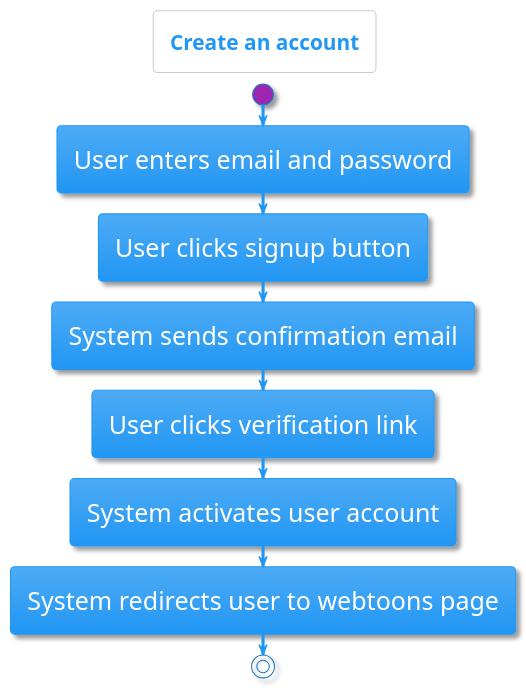
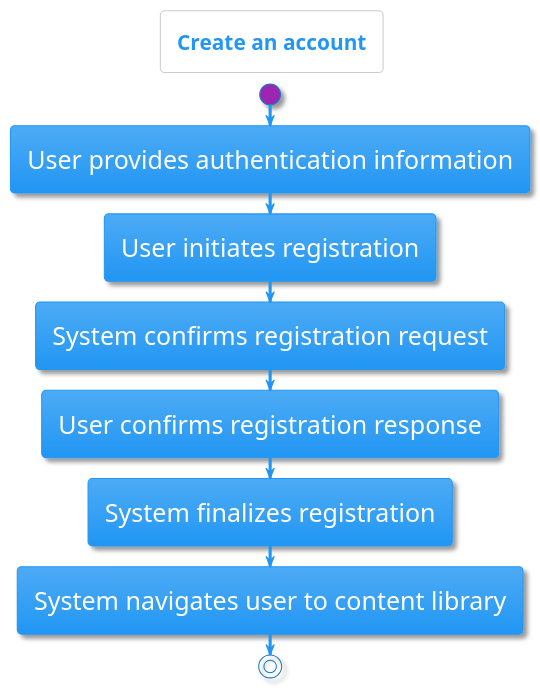
Before and after one commit to WinstonWaligora/let_us_webtoon: the diagram in lib/documents/create-account.puml, drawn with PlantUML. The commit also changed 15 other files, not shown here.

Commit message:
activity, use case, and context diagrams updated

```diff
--- a/lib/documents/create-account.puml
+++ b/lib/documents/create-account.puml
@@ -1,14 +1,14 @@
 @startuml
 !theme materia
 title Create an account
 skinparam defaultFontSize 24
 
 start
-:User enters email and password;
-:User clicks signup button;
-:System sends confirmation email;
-:User clicks verification link;
-:System activates user account;
-:System redirects user to webtoons page;
+:User provides authentication information;
+:User initiates registration;
+:System confirms registration request;
+:User confirms registration response;
+:System finalizes registration;
+:System navigates user to content library;
 stop
 @enduml
```
